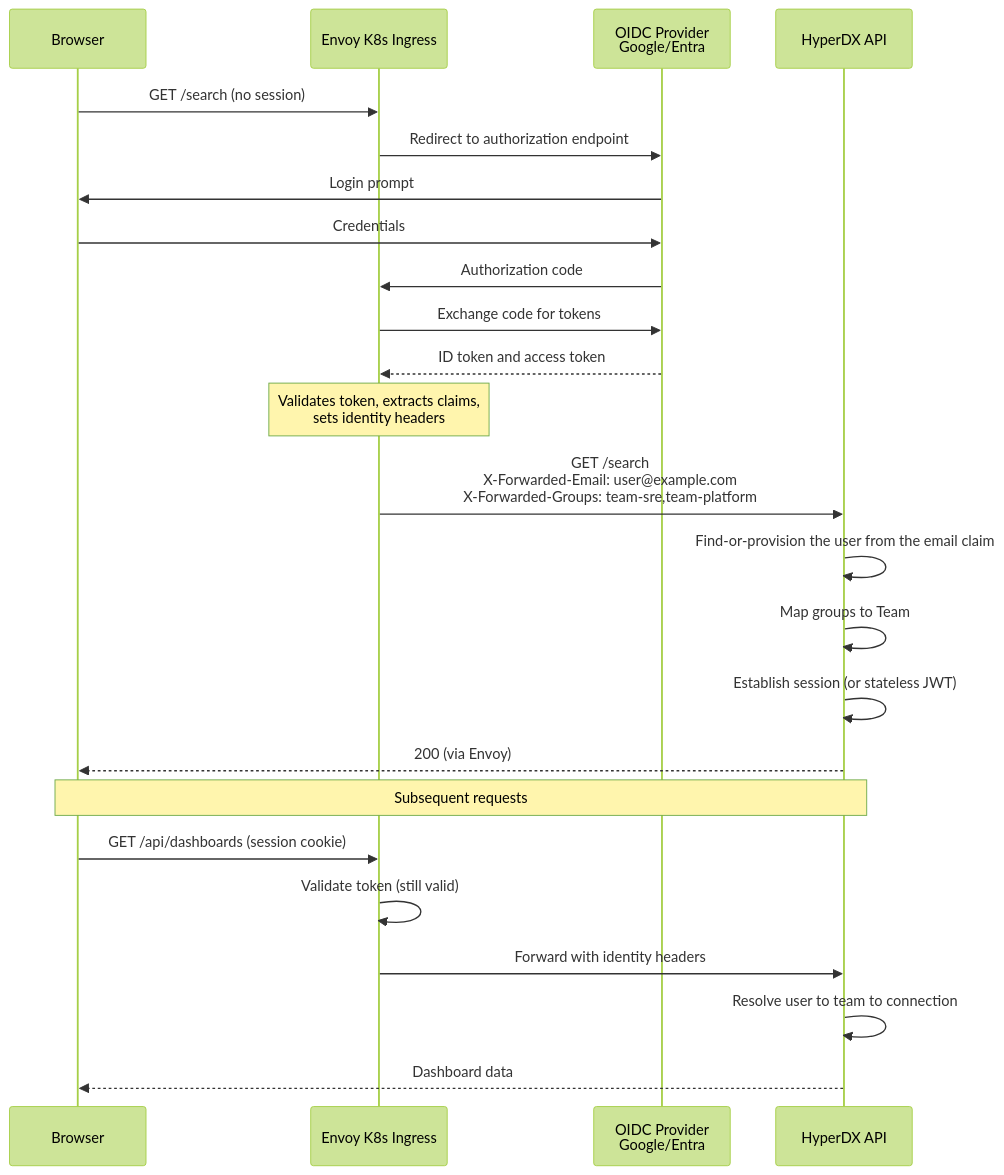
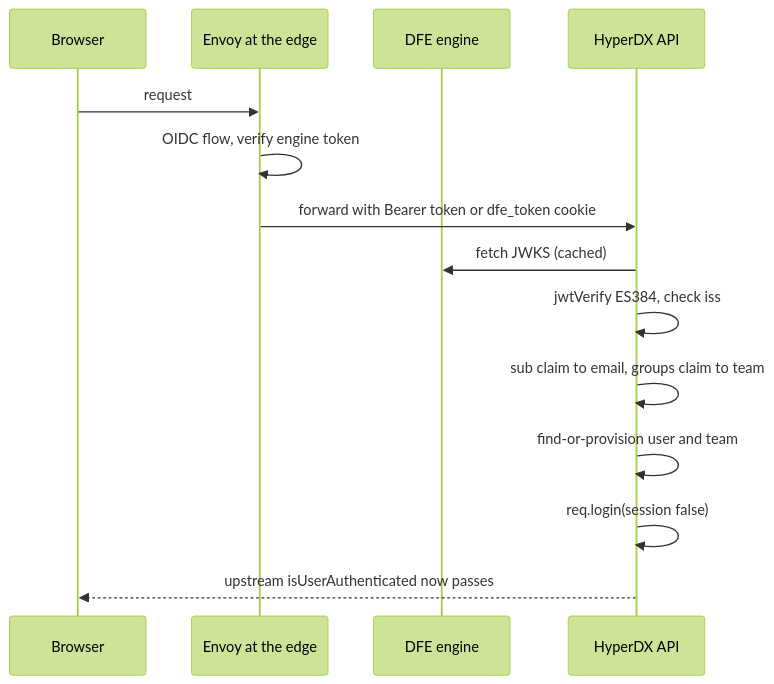
One commit to hyperi-io/dfe-hyperdx changed the first of 2 diagrams in docs/architecture/oidc-authentication.md. Above: the diagram before and after it, drawn with Mermaid (forest theme). The commit also changed other lines of this file and 6 other files, not shown here.

First line of the commit message:
docs: rewrite the architecture pages against the code

````diff
--- a/docs/architecture/oidc-authentication.md
+++ b/docs/architecture/oidc-authentication.md
@@ -70,31 +18,17 @@
 ```mermaid
 sequenceDiagram
     participant User as Browser
-    participant Envoy as Envoy K8s Ingress
-    participant OIDC as OIDC Provider<br/>Google/Entra
+    participant Envoy as Envoy at the edge
+    participant Engine as DFE engine
     participant HDX as HyperDX API
 
-    User->>Envoy: GET /search (no session)
-    Envoy->>OIDC: Redirect to authorization endpoint
-    OIDC->>User: Login prompt
-    User->>OIDC: Credentials
-    OIDC->>Envoy: Authorization code
-    Envoy->>OIDC: Exchange code for tokens
-    OIDC-->>Envoy: ID token and access token
-
-    Note over Envoy: Validates token, extracts claims,<br/>sets identity headers
-
-    Envoy->>HDX: GET /search<br/>X-Forwarded-Email: user@example.com<br/>X-Forwarded-Groups: team-sre,team-platform
-    HDX->>HDX: Find-or-provision the user from the email claim
-    HDX->>HDX: Map groups to Team
-    HDX->>HDX: Establish session (or stateless JWT)
-    HDX-->>User: 200 (via Envoy)
-
-    Note over User,HDX: Subsequent requests
-
-    User->>Envoy: GET /api/dashboards (session cookie)
-    Envoy->>Envoy: Validate token (still valid)
-    Envoy->>HDX: Forward with identity headers
-    HDX->>HDX: Resolve user to team to connection
-    HDX-->>User: Dashboard data
+    User->>Envoy: request
+    Envoy->>Envoy: OIDC flow, verify engine token
+    Envoy->>HDX: forward with Bearer token or dfe_token cookie
+    HDX->>Engine: fetch JWKS (cached)
+    HDX->>HDX: jwtVerify ES384, check iss
+    HDX->>HDX: sub claim to email, groups claim to team
+    HDX->>HDX: find-or-provision user and team
+    HDX->>HDX: req.login(session false)
+    HDX-->>User: upstream isUserAuthenticated now passes
 ```
````
